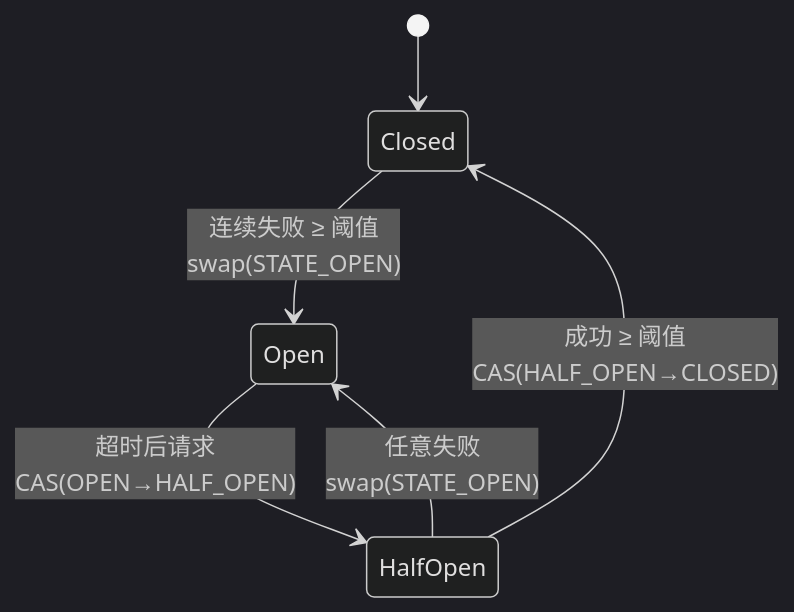
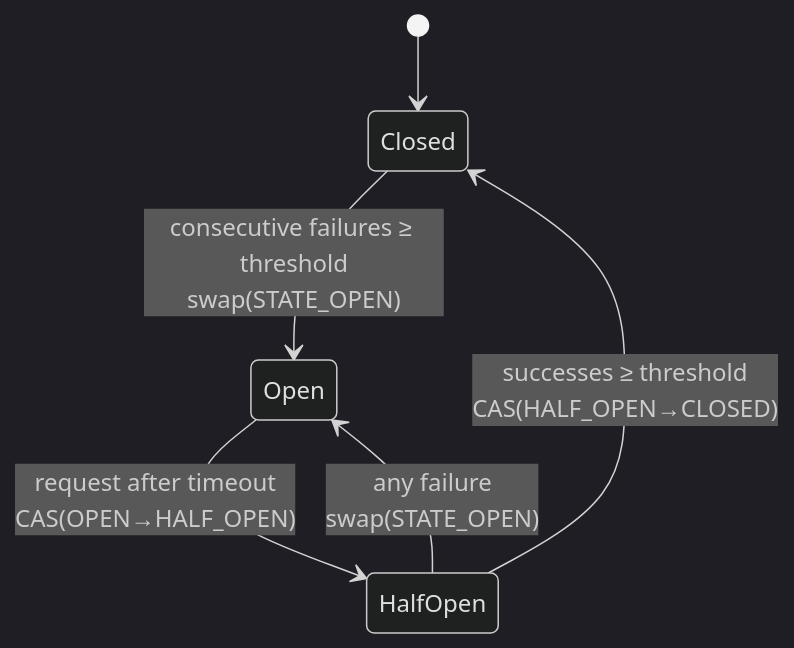
The fourth of 7 diagrams in docs/en/ARCHITECTURE.md (Kirky-X/NebulaId), drawn with Mermaid (dark theme) before and after one commit. The commit also changed other lines of this file and 15 other files, not shown here.

````diff
--- a/docs/en/ARCHITECTURE.md
+++ b/docs/en/ARCHITECTURE.md
@@ -171,8 +171,8 @@
 ```mermaid
 stateDiagram-v2
     [*] --> Closed
-    Closed --> Open: 连续失败 ≥ 阈值<br/>swap(STATE_OPEN)
-    Open --> HalfOpen: 超时后请求<br/>CAS(OPEN→HALF_OPEN)
-    HalfOpen --> Closed: 成功 ≥ 阈值<br/>CAS(HALF_OPEN→CLOSED)
-    HalfOpen --> Open: 任意失败<br/>swap(STATE_OPEN)
+    Closed --> Open: consecutive failures ≥ threshold<br/>swap(STATE_OPEN)
+    Open --> HalfOpen: request after timeout<br/>CAS(OPEN→HALF_OPEN)
+    HalfOpen --> Closed: successes ≥ threshold<br/>CAS(HALF_OPEN→CLOSED)
+    HalfOpen --> Open: any failure<br/>swap(STATE_OPEN)
 ```
````
